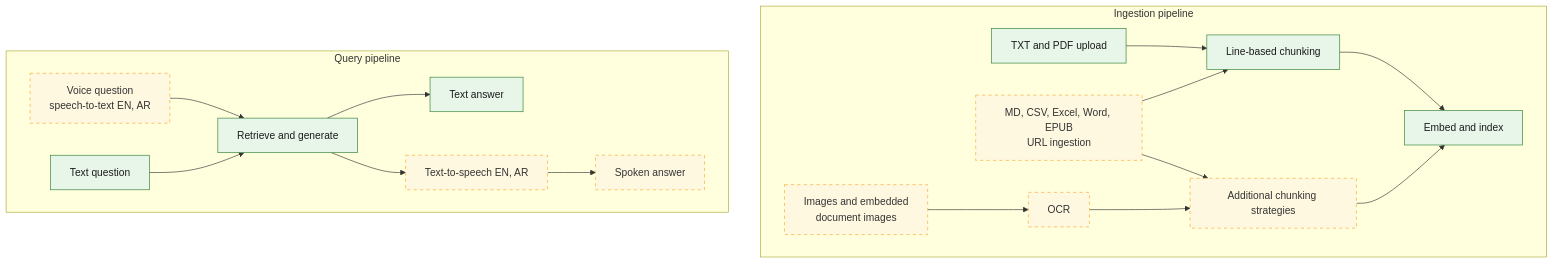
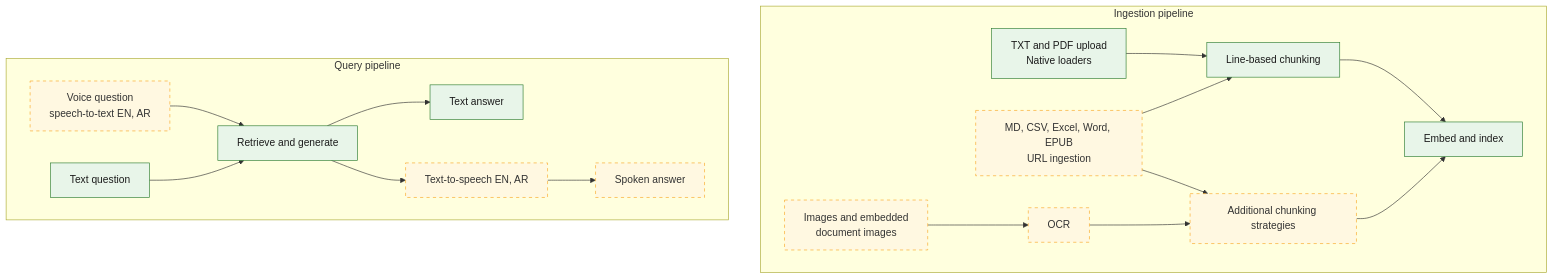
The sixth of 6 diagrams in README.md (ElsebaiyMohamed/MiniRag_26), drawn with Mermaid before and after one commit. The commit also changed other lines of this file and 2 other files, not shown here.

Commit message:
docs(loaders): update the docs to align with the changes on loaders

````diff
--- a/README.md
+++ b/README.md
@@ -240,37 +268,37 @@
 ```mermaid
 flowchart TB
 
     classDef planned fill:#fff8e1, stroke:#f9a825, stroke-dasharray:5 5, color:#333
     classDef done fill:#e8f5e9, stroke:#2e7d32, color:#1b1b1b
 
     subgraph ingest["Ingestion pipeline"]
         direction LR
-        src["TXT and PDF upload"]:::done
+        src["TXT and PDF upload<br/>Native loaders"]:::done
         newsrc["MD, CSV, Excel, Word, EPUB<br/>URL ingestion"]:::planned
         img["Images and embedded<br/>document images"]:::planned
         ocr["OCR"]:::planned
         chunk["Line-based chunking"]:::done
         chunk2["Additional chunking strategies"]:::planned
         embed["Embed and index"]:::done
         src --> chunk
         newsrc --> chunk
         newsrc --> chunk2
         img --> ocr --> chunk2
         chunk --> embed
         chunk2 --> embed
     end
 
     subgraph query["Query pipeline"]
         direction LR
         vin["Voice question<br/>speech-to-text EN, AR"]:::planned
         tin["Text question"]:::done
         rag["Retrieve and generate"]:::done
         tout["Text answer"]:::done
         tts["Text-to-speech EN, AR"]:::planned
         vout["Spoken answer"]:::planned
         vin --> rag
         tin --> rag
         rag --> tout
         rag --> tts --> vout
     end
 ```
````
